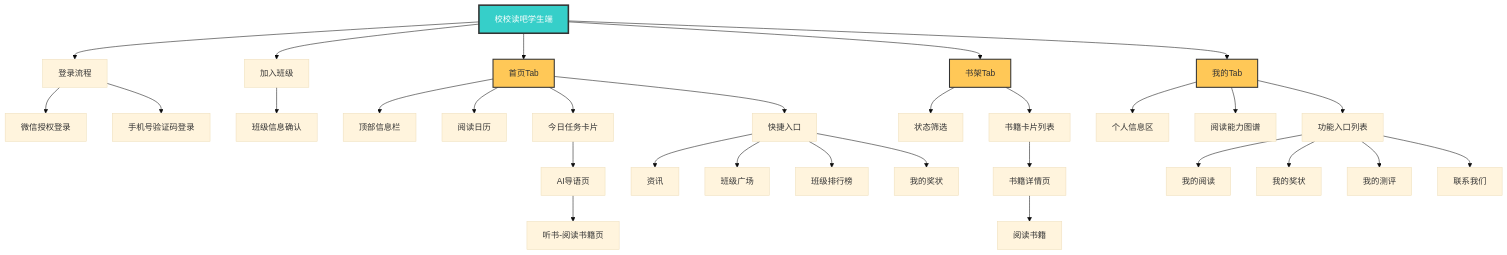
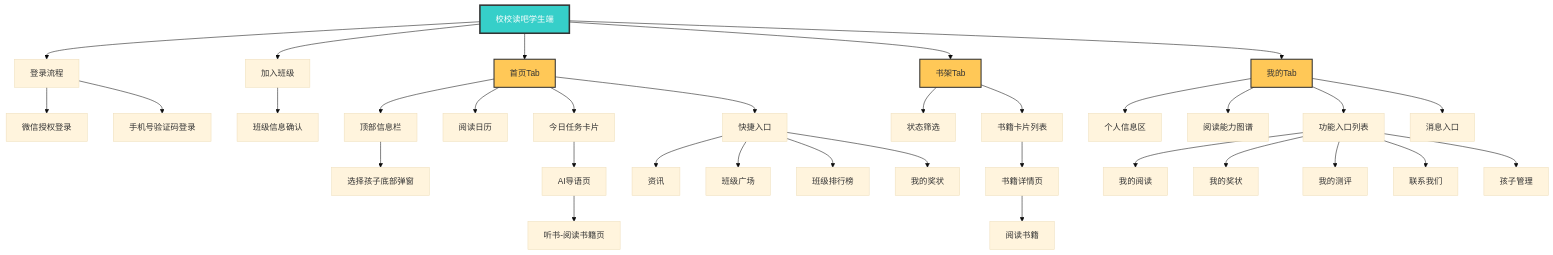
Before and after one commit to 22816523/math-kids: the third of 18 diagrams in 2-AI伴读V1.0/PRD文档/校校读吧学生端PRD_V1.0.md, drawn with Mermaid (base theme). The commit also changed other lines of this file, not shown here.

Commit message:
docs(ai-reading): update student PRD for multi-child support

````diff
--- a/2-AI伴读V1.0/PRD文档/校校读吧学生端PRD_V1.0.md
+++ b/2-AI伴读V1.0/PRD文档/校校读吧学生端PRD_V1.0.md
@@ -357,46 +370,49 @@
 ```mermaid
 graph TD
     Root[校校读吧学生端]
 
     Root --> Login[登录流程]
     Root --> JoinClass[加入班级]
     Root --> HomeTab[首页Tab]
     Root --> BookshelfTab[书架Tab]
     Root --> MineTab[我的Tab]
 
     Login --> WechatLogin[微信授权登录]
     Login --> PhoneLogin[手机号验证码登录]
 
     JoinClass --> ClassConfirm[班级信息确认]
 
     HomeTab --> TopBar[顶部信息栏]
     HomeTab --> Calendar[阅读日历]
     HomeTab --> TodayTask[今日任务卡片]
     HomeTab --> QuickEntry[快捷入口]
+    TopBar --> ChildPicker[选择孩子底部弹窗]
 
     TodayTask --> AIGuidePage[AI导语页]
     AIGuidePage --> ListenBook[听书-阅读书籍页]
     QuickEntry --> NewsList[资讯]
     QuickEntry --> ClassSquare[班级广场]
     QuickEntry --> ClassRankFull[班级排行榜]
     QuickEntry --> MyCertShort[我的奖状]
 
     BookshelfTab --> BookFilter[状态筛选]
     BookshelfTab --> BookCards[书籍卡片列表]
     BookCards --> BookDetail[书籍详情页]
     BookDetail --> ReadBook[阅读书籍]
 
     MineTab --> ProfileInfo[个人信息区]
     MineTab --> AbilityCard[阅读能力图谱]
     MineTab --> FuncList[功能入口列表]
+    MineTab --> MineMsg[消息入口]
 
     FuncList --> MyRead[我的阅读]
     FuncList --> MyCert[我的奖状]
     FuncList --> MyExam[我的测评]
     FuncList --> Contact[联系我们]
+    FuncList --> ChildManageTree[孩子管理]
 
     style Root fill:#36CFC9,stroke:#333,stroke-width:3px,color:#fff
     style HomeTab fill:#FFC857,stroke:#333,stroke-width:2px
     style BookshelfTab fill:#FFC857,stroke:#333,stroke-width:2px
     style MineTab fill:#FFC857,stroke:#333,stroke-width:2px
 ```
````
